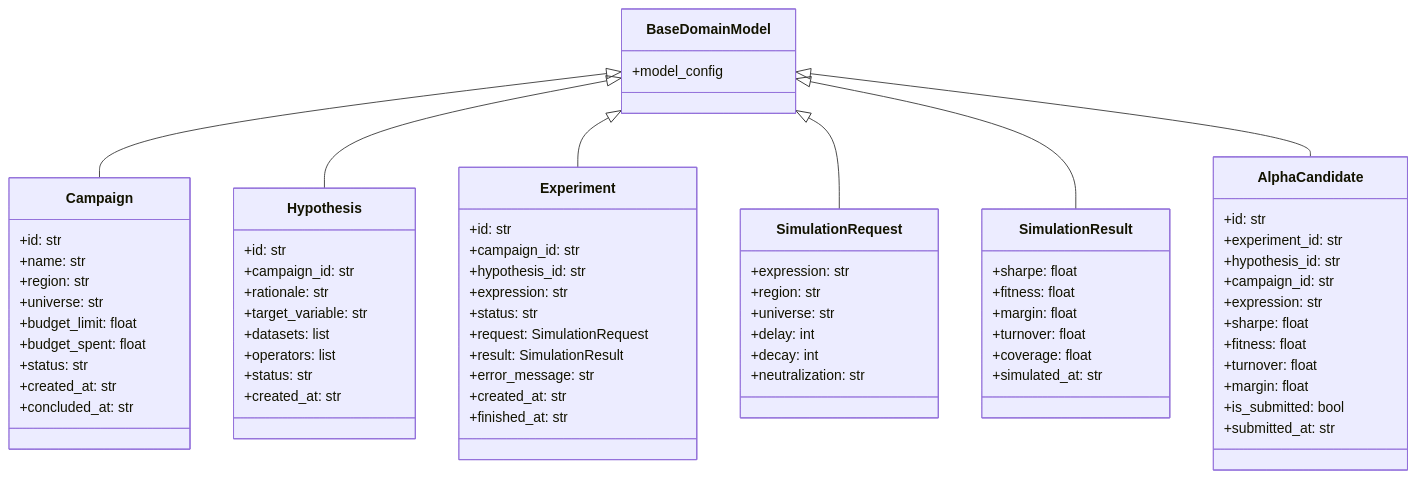
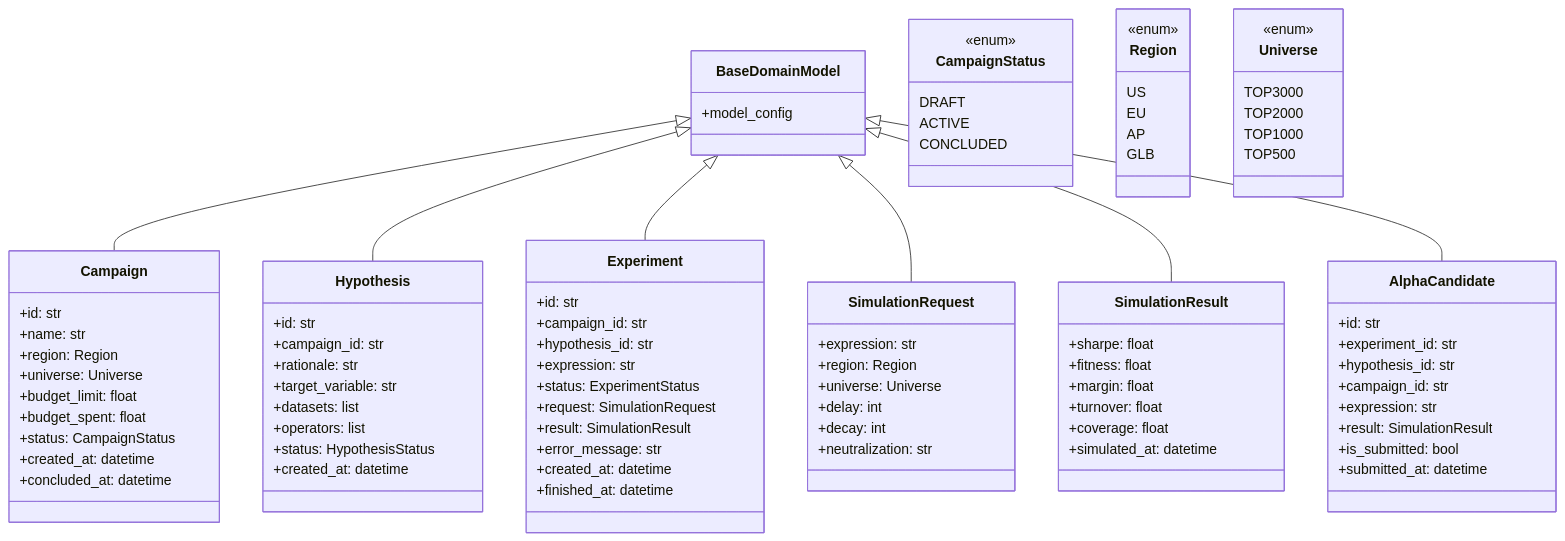
The diagram in docs/design/DESIGN-0002-Domain-Models.md (DevWizard-Vandan/Synthra), drawn with Mermaid before and after one commit. The commit also changed other lines of this file and 4 other files, not shown here.

```diff
--- a/docs/design/DESIGN-0002-Domain-Models.md
+++ b/docs/design/DESIGN-0002-Domain-Models.md
@@ -114,16 +115,36 @@
     class BaseDomainModel {
         +model_config
     }
+    class CampaignStatus {
+        <<enum>>
+        DRAFT
+        ACTIVE
+        CONCLUDED
+    }
+    class Region {
+        <<enum>>
+        US
+        EU
+        AP
+        GLB
+    }
+    class Universe {
+        <<enum>>
+        TOP3000
+        TOP2000
+        TOP1000
+        TOP500
+    }
     class Campaign {
         +id: str
         +name: str
-        +region: str
-        +universe: str
+        +region: Region
+        +universe: Universe
         +budget_limit: float
         +budget_spent: float
-        +status: str
-        +created_at: str
-        +concluded_at: str
+        +status: CampaignStatus
+        +created_at: datetime
+        +concluded_at: datetime
     }
     class Hypothesis {
         +id: str
@@ -132,25 +153,25 @@
         +target_variable: str
         +datasets: list
         +operators: list
-        +status: str
-        +created_at: str
+        +status: HypothesisStatus
+        +created_at: datetime
     }
     class Experiment {
         +id: str
         +campaign_id: str
         +hypothesis_id: str
         +expression: str
-        +status: str
+        +status: ExperimentStatus
         +request: SimulationRequest
         +result: SimulationResult
         +error_message: str
-        +created_at: str
-        +finished_at: str
+        +created_at: datetime
+        +finished_at: datetime
     }
     class SimulationRequest {
         +expression: str
-        +region: str
-        +universe: str
+        +region: Region
+        +universe: Universe
         +delay: int
         +decay: int
         +neutralization: str
@@ -161,7 +182,7 @@
         +margin: float
         +turnover: float
         +coverage: float
-        +simulated_at: str
+        +simulated_at: datetime
     }
     class AlphaCandidate {
         +id: str
@@ -169,12 +190,9 @@
         +hypothesis_id: str
         +campaign_id: str
         +expression: str
-        +sharpe: float
-        +fitness: float
-        +turnover: float
-        +margin: float
+        +result: SimulationResult
         +is_submitted: bool
-        +submitted_at: str
+        +submitted_at: datetime
     }
 
     BaseDomainModel <|-- Campaign
```
